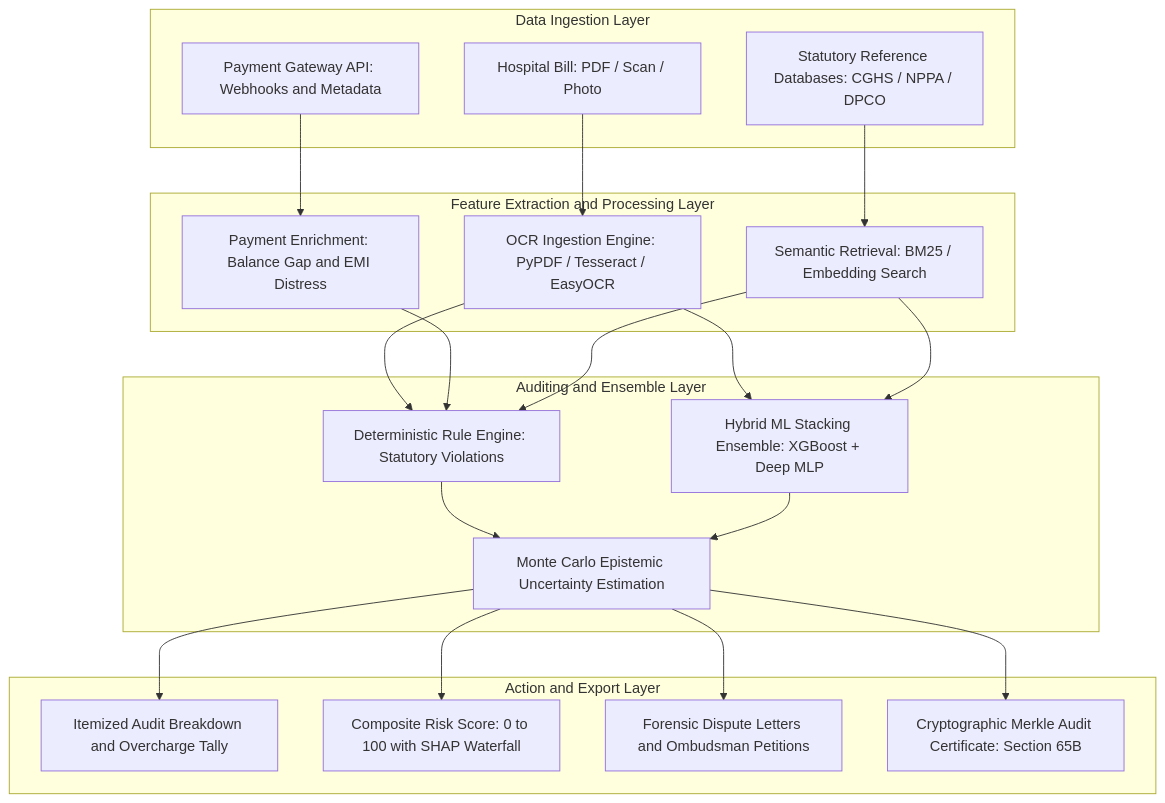
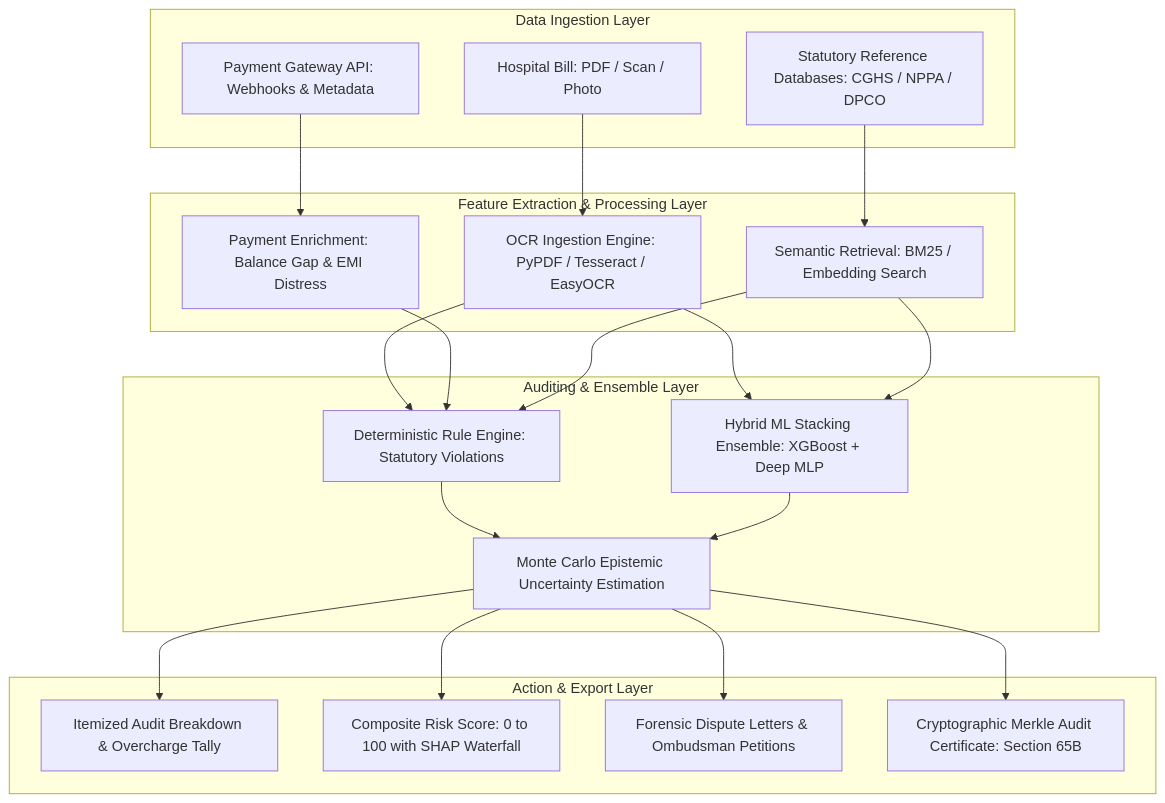
Before and after one commit to Harshil-18-byte/CuraVeris: the second of 3 diagrams in README.md, drawn with Mermaid. The commit also changed other lines of this file, not shown here.

Commit message:
Fix Mermaid diagram quoting and syntax for architecture and product model sections

````diff
--- a/README.md
+++ b/README.md
@@ -135,45 +136,45 @@
 ```mermaid
 flowchart TD
-  subgraph Inputs [Data Ingestion Layer]
-    A1[Hospital Bill: PDF / Scan / Photo]
-    A2[Payment Gateway API: Webhooks and Metadata]
-    A3[Statutory Reference Databases: CGHS / NPPA / DPCO]
+  subgraph Inputs ["Data Ingestion Layer"]
+    A1["Hospital Bill: PDF / Scan / Photo"]
+    A2["Payment Gateway API: Webhooks & Metadata"]
+    A3["Statutory Reference Databases: CGHS / NPPA / DPCO"]
   end
 
-  subgraph Processing [Feature Extraction and Processing Layer]
-    B1[OCR Ingestion Engine: PyPDF / Tesseract / EasyOCR]
-    B2[Payment Enrichment: Balance Gap and EMI Distress]
-    B3[Semantic Retrieval: BM25 / Embedding Search]
+  subgraph Processing ["Feature Extraction & Processing Layer"]
+    B1["OCR Ingestion Engine: PyPDF / Tesseract / EasyOCR"]
+    B2["Payment Enrichment: Balance Gap & EMI Distress"]
+    B3["Semantic Retrieval: BM25 / Embedding Search"]
   end
 
-  subgraph Decision [Auditing and Ensemble Layer]
-    C1[Deterministic Rule Engine: Statutory Violations]
-    C2[Hybrid ML Stacking Ensemble: XGBoost + Deep MLP]
-    C3[Monte Carlo Epistemic Uncertainty Estimation]
+  subgraph Decision ["Auditing & Ensemble Layer"]
+    C1["Deterministic Rule Engine: Statutory Violations"]
+    C2["Hybrid ML Stacking Ensemble: XGBoost + Deep MLP"]
+    C3["Monte Carlo Epistemic Uncertainty Estimation"]
   end
 
-  subgraph Outputs [Action and Export Layer]
-    D1[Itemized Audit Breakdown and Overcharge Tally]
-    D2[Composite Risk Score: 0 to 100 with SHAP Waterfall]
-    D3[Forensic Dispute Letters and Ombudsman Petitions]
-    D4[Cryptographic Merkle Audit Certificate: Section 65B]
+  subgraph Outputs ["Action & Export Layer"]
+    D1["Itemized Audit Breakdown & Overcharge Tally"]
+    D2["Composite Risk Score: 0 to 100 with SHAP Waterfall"]
+    D3["Forensic Dispute Letters & Ombudsman Petitions"]
+    D4["Cryptographic Merkle Audit Certificate: Section 65B"]
   end
 
   A1 --> B1
   A2 --> B2
   A3 --> B3
 
   B1 --> C1
   B1 --> C2
   B2 --> C1
   B3 --> C1
   B3 --> C2
 
   C1 --> C3
   C2 --> C3
 
   C3 --> D1
   C3 --> D2
   C3 --> D3
   C3 --> D4
 ```
````
